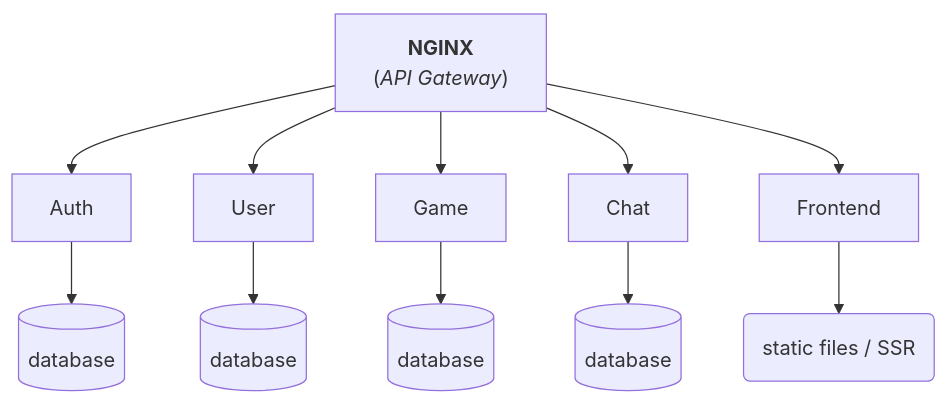
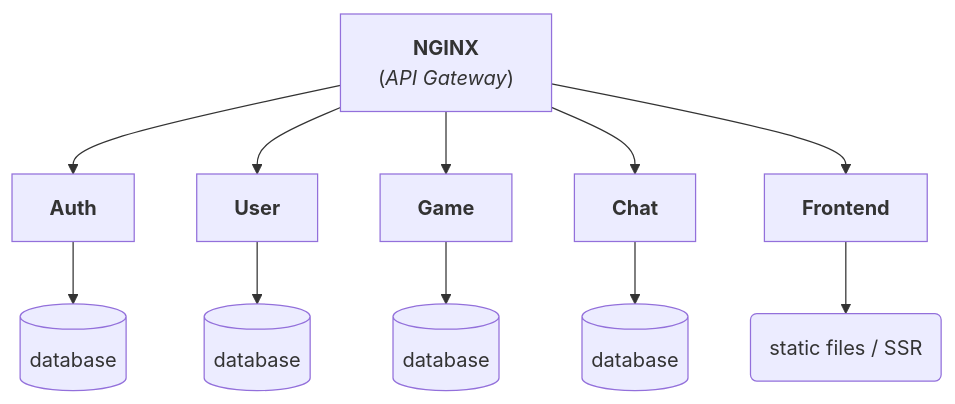
Before and after one commit to ccg-v/ft_transcendence: the diagram in docs/00_MODULE_SELECTION _+_MICROSERVICES_BREAKDOWN.md, drawn with Mermaid.

Commit message:
Documentation stuff

````diff
--- a/docs/00_MODULE_SELECTION _+_MICROSERVICES_BREAKDOWN.md
+++ b/docs/00_MODULE_SELECTION _+_MICROSERVICES_BREAKDOWN.md
@@ -3,9 +3,9 @@
 ```mermaid
 graph TD;
     NGINX["`**NGINX**
-    (_API Gateway_)`"]-->Auth-->A[("database")];
-    NGINX-->USER["`User`"]-->B[("database")];
-   	NGINX-->GAME["`Game`"]-->C[(database)];
-   	NGINX-->CHAT["`Chat`"]--> D[(database)];
-    NGINX-->FRONT["`Frontend`"]-->E("static files / SSR");
+    (_API Gateway_)`"]-->AUTH["`**Auth**`"]-->A[("database")];
+    NGINX-->USER["`**User**`"]-->B[("database")];
+   	NGINX-->GAME["`**Game**`"]-->C[(database)];
+   	NGINX-->CHAT["`**Chat**`"]--> D[(database)];
+    NGINX-->FRONT["`**Frontend**`"]-->E("static files / SSR");
 ```
````
